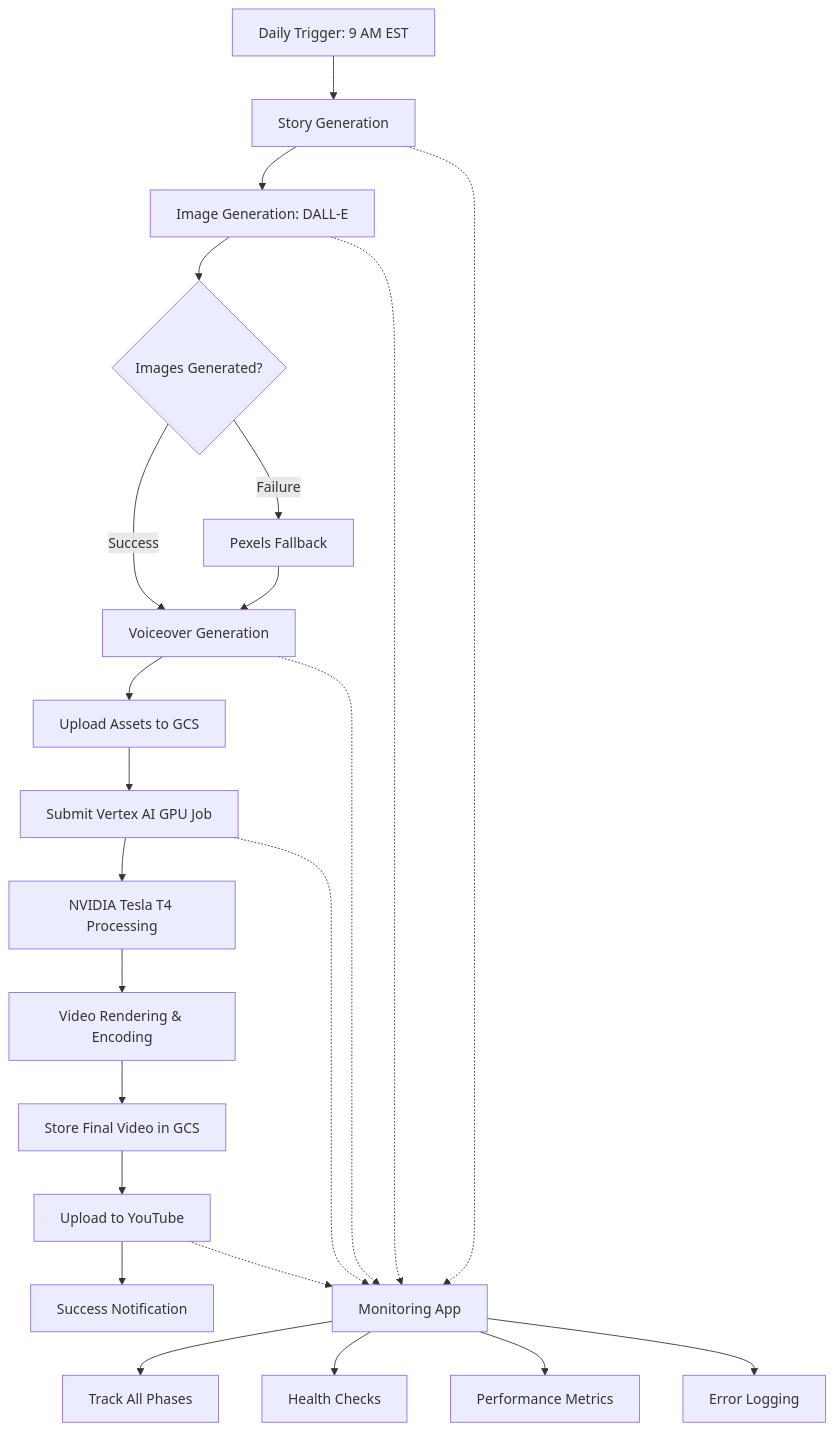
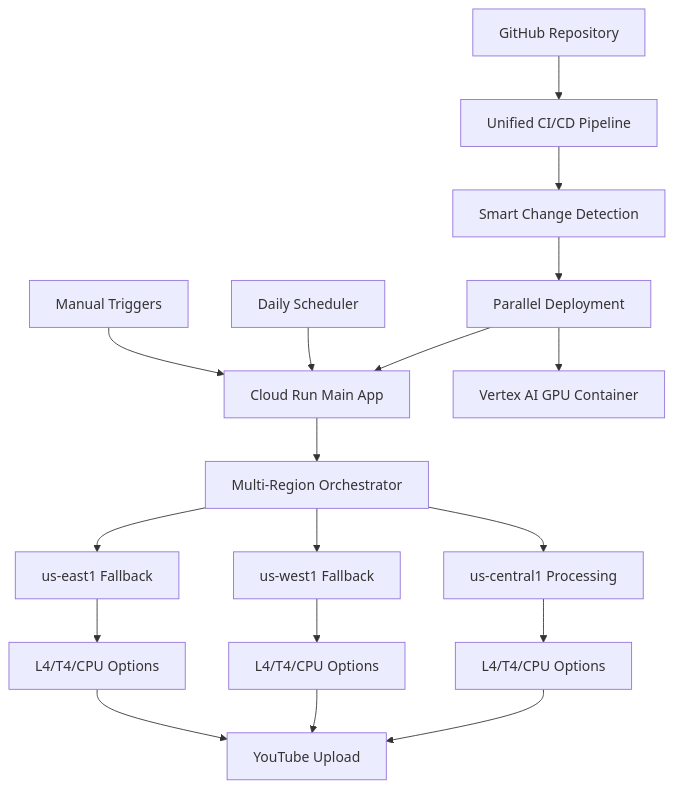
One commit to rezearcher/AutoVideo.v1 changed the first of 3 diagrams in README.md. Above: the diagram before and after it, drawn with Mermaid. The commit also changed other lines of this file, not shown here.

````diff
--- a/README.md
+++ b/README.md
@@ -50,27 +42,25 @@
 ```mermaid
-graph TD
-    A[Daily Trigger: 9 AM EST] --> B[Story Generation]
-    B --> C[Image Generation: DALL-E]
-    C --> D{Images Generated?}
-    D -->|Success| E[Voiceover Generation]
-    D -->|Failure| F[Pexels Fallback]
-    F --> E
-    E --> G[Upload Assets to GCS]
-    G --> H[Submit Vertex AI GPU Job]
-    H --> I[NVIDIA Tesla T4 Processing]
-    I --> J[Video Rendering & Encoding]
-    J --> K[Store Final Video in GCS]
-    K --> L[Upload to YouTube]
-    L --> M[Success Notification]
+graph TB
+    A[GitHub Repository] --> B[Unified CI/CD Pipeline]
+    B --> C[Smart Change Detection]
+    C --> D[Parallel Deployment]
     
-    N[Monitoring App] --> O[Track All Phases]
-    N --> P[Health Checks]
-    N --> Q[Performance Metrics]
-    N --> R[Error Logging]
+    D --> E[Cloud Run Main App]
+    D --> F[Vertex AI GPU Container]
     
-    B -.-> N
-    C -.-> N
-    E -.-> N
-    H -.-> N
-    L -.-> N
+    E --> G[Multi-Region Orchestrator]
+    G --> H[us-central1 Processing]
+    G --> I[us-west1 Fallback]
+    G --> J[us-east1 Fallback]
+    
+    H --> K[L4/T4/CPU Options]
+    I --> L[L4/T4/CPU Options]
+    J --> M[L4/T4/CPU Options]
+    
+    K --> N[YouTube Upload]
+    L --> N
+    M --> N
+    
+    O[Daily Scheduler] --> E
+    P[Manual Triggers] --> E
 ```
````
